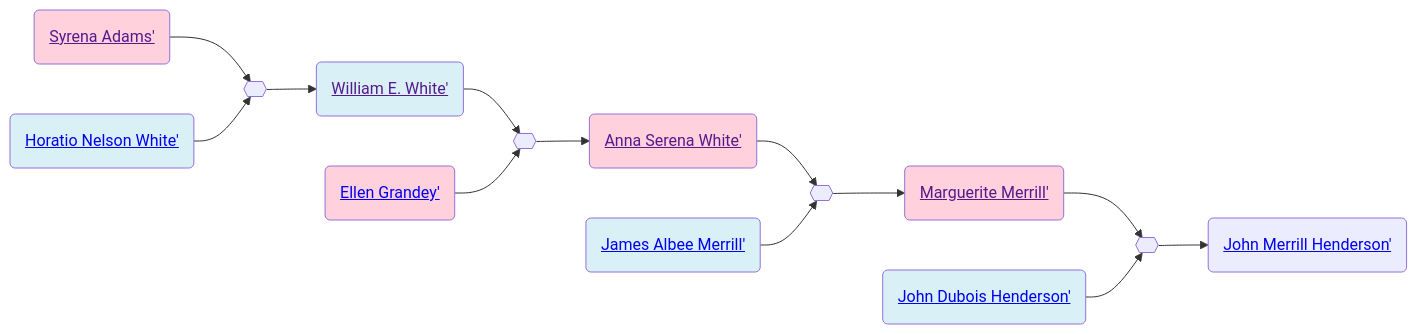
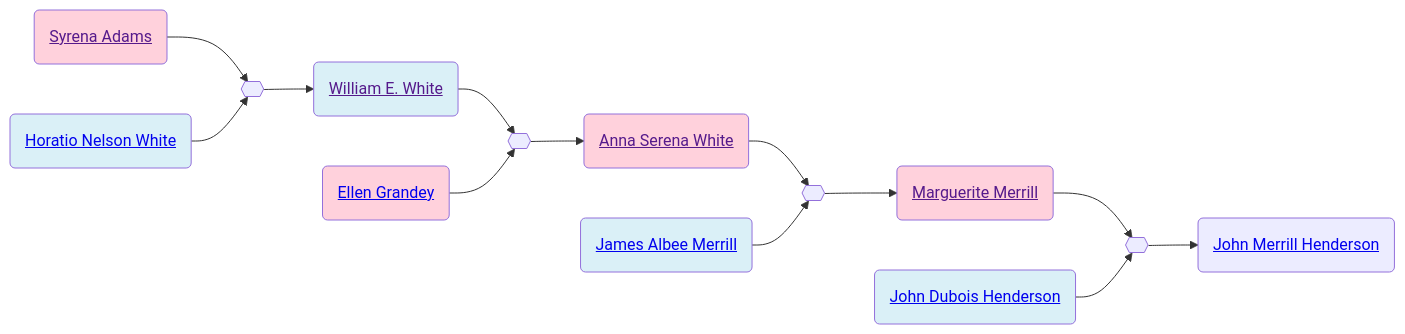
One commit to neelsmith/avocational changed the second of 2 diagrams in familyhistory/sources/people/Merrill-line/White-line/Syrena_Adams.qmd. Above: the diagram before and after it, drawn with Mermaid. The commit also changed other lines of this file and 96 other files, not shown here.

````diff
--- a/familyhistory/sources/people/Merrill-line/White-line/Syrena_Adams.qmd
+++ b/familyhistory/sources/people/Merrill-line/White-line/Syrena_Adams.qmd
@@ -45,32 +45,32 @@
 ```{mermaid}
 graph LR
 %% LR descendant diagram
 class Syrena_Adams_and_Horatio_Nelson_White marriage
-Syrena_Adams(<a href=''>Syrena Adams'</>) --> Syrena_Adams_and_Horatio_Nelson_White{{ }}
-Horatio_Nelson_White(<a href='./Horatio_Nelson_White.html'>Horatio Nelson White'</>) --> Syrena_Adams_and_Horatio_Nelson_White{{ }}
+Syrena_Adams(<a href=''>Syrena Adams</a>) --> Syrena_Adams_and_Horatio_Nelson_White{{ }}
+Horatio_Nelson_White(<a href='./Horatio_Nelson_White.html'>Horatio Nelson White</a>) --> Syrena_Adams_and_Horatio_Nelson_White{{ }}
 class Horatio_Nelson_White father
 class Syrena_Adams mother
-Syrena_Adams_and_Horatio_Nelson_White{{ }} --> William_E._White(<a href='./William_E._White.html'>William E. White'</>)
+Syrena_Adams_and_Horatio_Nelson_White{{ }} --> William_E._White(<a href='./William_E._White.html'>William E. White</a>)
 class William_E._White_and_Ellen_Grandey marriage
-William_E._White(<a href=''>William E. White'</>) --> William_E._White_and_Ellen_Grandey{{ }}
-Ellen_Grandey(<a href='./../Grandey-line/Ellen_Grandey.html'>Ellen Grandey'</>) --> William_E._White_and_Ellen_Grandey{{ }}
+William_E._White(<a href=''>William E. White</a>) --> William_E._White_and_Ellen_Grandey{{ }}
+Ellen_Grandey(<a href='./../Grandey-line/Ellen_Grandey.html'>Ellen Grandey</a>) --> William_E._White_and_Ellen_Grandey{{ }}
 class William_E._White father
 class Ellen_Grandey mother
-William_E._White_and_Ellen_Grandey{{ }} --> Anna_Serena_White(<a href='./Anna_Serena_White.html'>Anna Serena White'</>)
+William_E._White_and_Ellen_Grandey{{ }} --> Anna_Serena_White(<a href='./Anna_Serena_White.html'>Anna Serena White</a>)
 class Anna_Serena_White_and_James_Albee_Merrill marriage
-Anna_Serena_White(<a href=''>Anna Serena White'</>) --> Anna_Serena_White_and_James_Albee_Merrill{{ }}
-James_Albee_Merrill(<a href='./../James_Albee_Merrill.html'>James Albee Merrill'</>) --> Anna_Serena_White_and_James_Albee_Merrill{{ }}
+Anna_Serena_White(<a href=''>Anna Serena White</a>) --> Anna_Serena_White_and_James_Albee_Merrill{{ }}
+James_Albee_Merrill(<a href='./../James_Albee_Merrill.html'>James Albee Merrill</a>) --> Anna_Serena_White_and_James_Albee_Merrill{{ }}
 class James_Albee_Merrill father
 class Anna_Serena_White mother
-Anna_Serena_White_and_James_Albee_Merrill{{ }} --> Marguerite_Merrill(<a href='./../Marguerite_Merrill.html'>Marguerite Merrill'</>)
+Anna_Serena_White_and_James_Albee_Merrill{{ }} --> Marguerite_Merrill(<a href='./../Marguerite_Merrill.html'>Marguerite Merrill</a>)
 class Marguerite_Merrill_and_John_Dubois_Henderson marriage
-Marguerite_Merrill(<a href=''>Marguerite Merrill'</>) --> Marguerite_Merrill_and_John_Dubois_Henderson{{ }}
-John_Dubois_Henderson(<a href='./../Henderson-line/John_Dubois_Henderson.html'>John Dubois Henderson'</>) --> Marguerite_Merrill_and_John_Dubois_Henderson{{ }}
+Marguerite_Merrill(<a href=''>Marguerite Merrill</a>) --> Marguerite_Merrill_and_John_Dubois_Henderson{{ }}
+John_Dubois_Henderson(<a href='./../Henderson-line/John_Dubois_Henderson.html'>John Dubois Henderson</a>) --> Marguerite_Merrill_and_John_Dubois_Henderson{{ }}
 class John_Dubois_Henderson father
 class Marguerite_Merrill mother
-Marguerite_Merrill_and_John_Dubois_Henderson{{ }} --> John_Merrill_Henderson(<a href='./../Henderson-line/John_Merrill_Henderson.html'>John Merrill Henderson'</>)
+Marguerite_Merrill_and_John_Dubois_Henderson{{ }} --> John_Merrill_Henderson(<a href='./../Henderson-line/John_Merrill_Henderson.html'>John Merrill Henderson</a>)
 classDef mother fill:#ffd1dc
 classDef father fill:#daf0f7  
 classDef marriage fill:#ffffff
 
 ```
````
